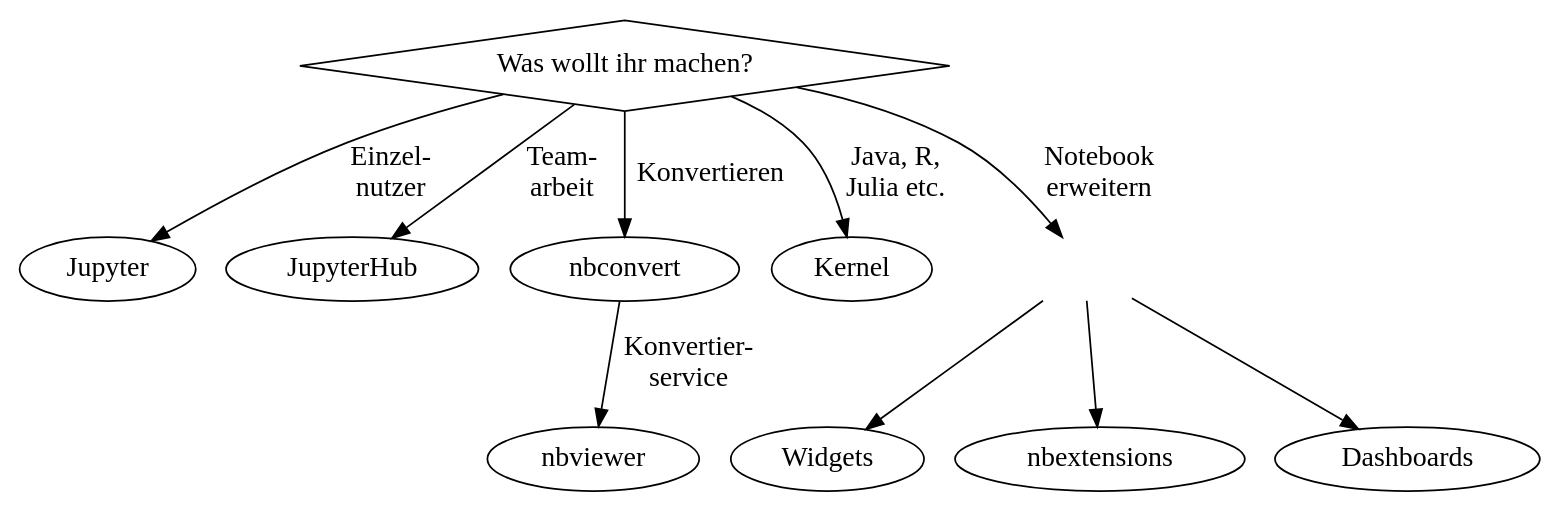
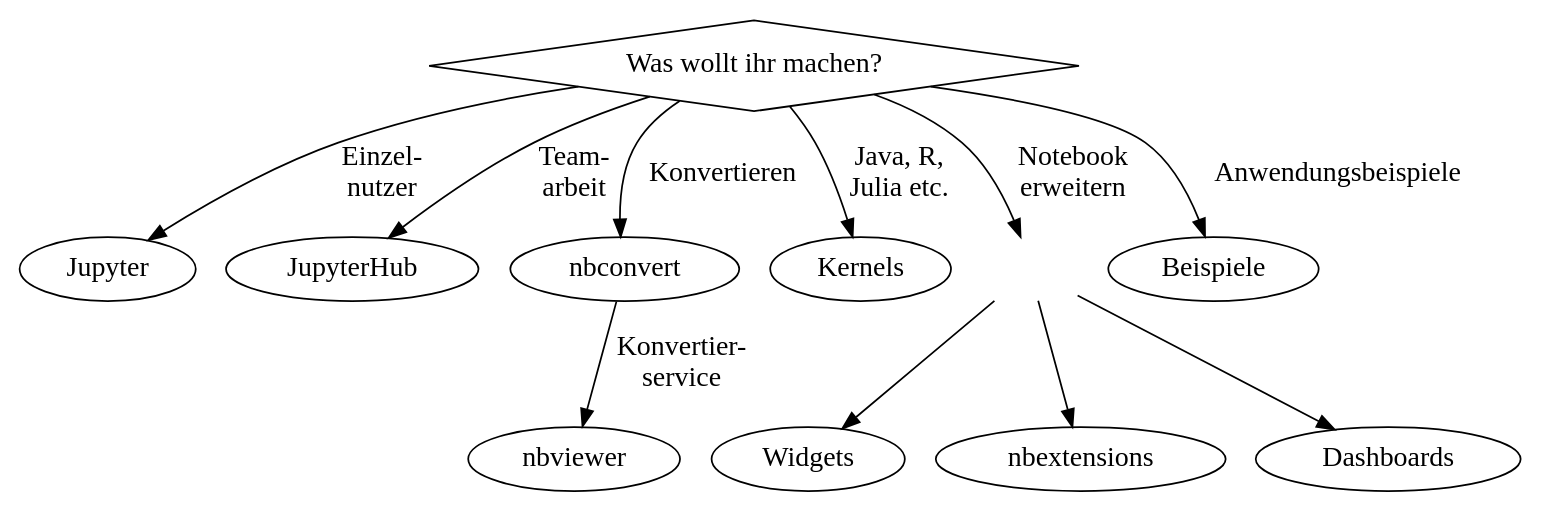
Before and after one commit to veit/jupyter-tutorial: the diagram in docs/jupyter/index.rst, drawn with Graphviz. The commit also changed other lines of this file and 5 other files, not shown here.

```diff
--- a/docs/jupyter/index.rst
+++ b/docs/jupyter/index.rst
@@ -7,72 +7,78 @@
 .. graphviz::
 
     digraph decide_jupyter {
         graph [fontname = "Calibri", fontsize="16"];
         node [fontname = "Calibri", fontsize="16"];
         edge [fontname = "Calibri", fontsize="16"];
         tooltip="Wie entscheide ich, welche Jupyter-Pakete ich benötige?";
         // Top Level
         what [
             shape=diamond,
             label="Was wollt ihr machen?",
             tooltip="Jupyter bietet euch verschiedene Möglichkeiten, wie ihr die Notebooks nutzen könnt"]
         //  style=filled, color="green"]
         // Second Level
         jupyter [
             label="Jupyter",
             tooltip="Jupyter lokal installieren",
             target="_top",
             href="../first-steps/install.html"]
         hub [
             label="JupyterHub",
             tooltip="JupyterHub\ninstallieren",
             target="_top",
             href="../jupyter/jupyterhub/index.html"]
         nbconvert [
             label="nbconvert",
             tooltip="nbconvert installieren und nutzen",
             target="_top",
             href="../jupyter/nbconvert.html"]
         nbviewer [
             label="nbviewer",
             tooltip="nbviewer installieren und nutzen",
             target="_top",
             href="../jupyter/nbviewer.html"]
-        kernel [
-            label="Kernel",
-            tooltip="Kernel installieren, anzeigen und starten",
+        kernels [
+            label="Kernels",
+            tooltip="Kernels installieren, anzeigen und starten",
             target="_top",
             href="../jupyter/kernels/install.html"]
-        custom [
+        extensions [
             shape=plaintext,
             label=" ",
             tooltip="Notebook-Erweiterungen installieren"]
+        examples [
+            label="Beispiele",
+            tooltip="Anwendungsbeispiele bei Netflix, Bloomberg etc.",
+            target="_top",
+            href="../jupyter/use-cases.html"]
         // 3rd Level
         widgets [
             label="Widgets",
             tooltip="ipywidgets installieren und nutzen",
             target="_top",
             href="../jupyter/ipywidgets/"]
         extend [
             label="nbextensions",
             tooltip="Installieren und Verwenden verschiedener Notebook-Erweiterungen",
             target="_top",
             href="../jupyter/nbextensions/index.html"]
         dash [
             label="Dashboards",
             tooltip="Installieren und Verwenden von Dashboards",
             target="_top",
             href="../jupyter/dashboards/index.html"]
         // Edges
         what -> jupyter [label="Einzel-\nnutzer"]
         what -> hub [label="Team-\narbeit"]
         what -> nbconvert [label="Konvertieren"]
         nbconvert -> nbviewer [label="Konvertier-\nservice"]
-        what -> kernel [label="Java, R,\nJulia etc."]
-        what -> custom [label="Notebook\nerweitern"]
-        custom -> {widgets extend dash}
+        what -> kernels [label="Java, R,\nJulia etc."]
+        what -> extensions [label="Notebook\nerweitern"]
+        what -> examples [label="Anwendungsbeispiele"]
+        extensions -> {widgets extend dash}
         // Arangement
         {rank = same; what;}
-        {rank = same; jupyter; hub; nbconvert; kernel; custom;}
+        {rank = same; jupyter; hub; nbconvert; kernels; extensions; examples;}
         {rank = same; widgets; extend; dash;}
     }
```
